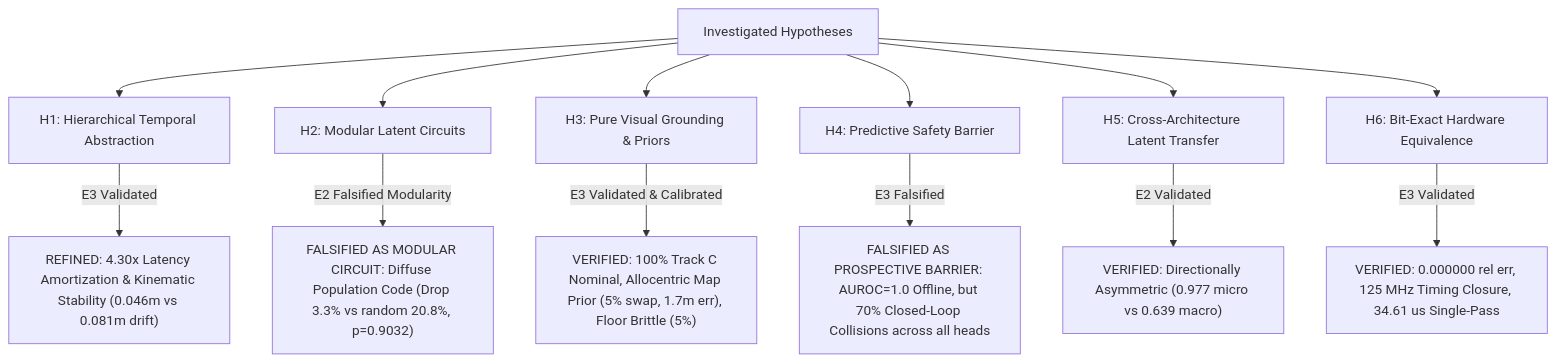
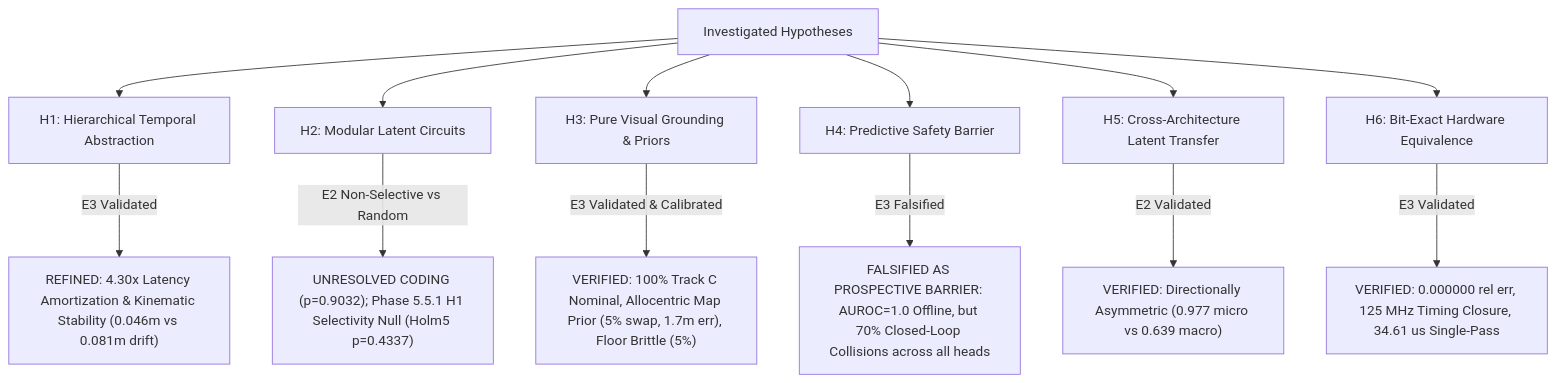
One commit to BrianHadianSTEI23/project-haphaestus changed the diagram in research/reports/claims_ledger.md. Above: the diagram before and after it, drawn with Mermaid. The commit also changed other lines of this file and 26 other files, not shown here.

````diff
--- a/research/reports/claims_ledger.md
+++ b/research/reports/claims_ledger.md
@@ -143,16 +143,16 @@
 ```mermaid
 flowchart TD
     A["Investigated Hypotheses"] --> H1["H1: Hierarchical Temporal Abstraction"]
     A --> H2["H2: Modular Latent Circuits"]
     A --> H3["H3: Pure Visual Grounding & Priors"]
     A --> H4["H4: Predictive Safety Barrier"]
     A --> H5["H5: Cross-Architecture Latent Transfer"]
     A --> H6["H6: Bit-Exact Hardware Equivalence"]
 
     H1 -->|E3 Validated| V1["REFINED: 4.30x Latency Amortization & Kinematic Stability (0.046m vs 0.081m drift)"]
-    H2 -->|E2 Falsified Modularity| R2["FALSIFIED AS MODULAR CIRCUIT: Diffuse Population Code (Drop 3.3% vs random 20.8%, p=0.9032)"]
+    H2 -->|E2 Non-Selective vs Random| R2["UNRESOLVED CODING (p=0.9032); Phase 5.5.1 H1 Selectivity Null (Holm5 p=0.4337)"]
     H3 -->|E3 Validated & Calibrated| V3["VERIFIED: 100% Track C Nominal, Allocentric Map Prior (5% swap, 1.7m err), Floor Brittle (5%)"]
     H4 -->|E3 Falsified| R4["FALSIFIED AS PROSPECTIVE BARRIER: AUROC=1.0 Offline, but 70% Closed-Loop Collisions across all heads"]
     H5 -->|E2 Validated| V5["VERIFIED: Directionally Asymmetric (0.977 micro vs 0.639 macro)"]
     H6 -->|E3 Validated| V6["VERIFIED: 0.000000 rel err, 125 MHz Timing Closure, 34.61 us Single-Pass"]
 ```
````
